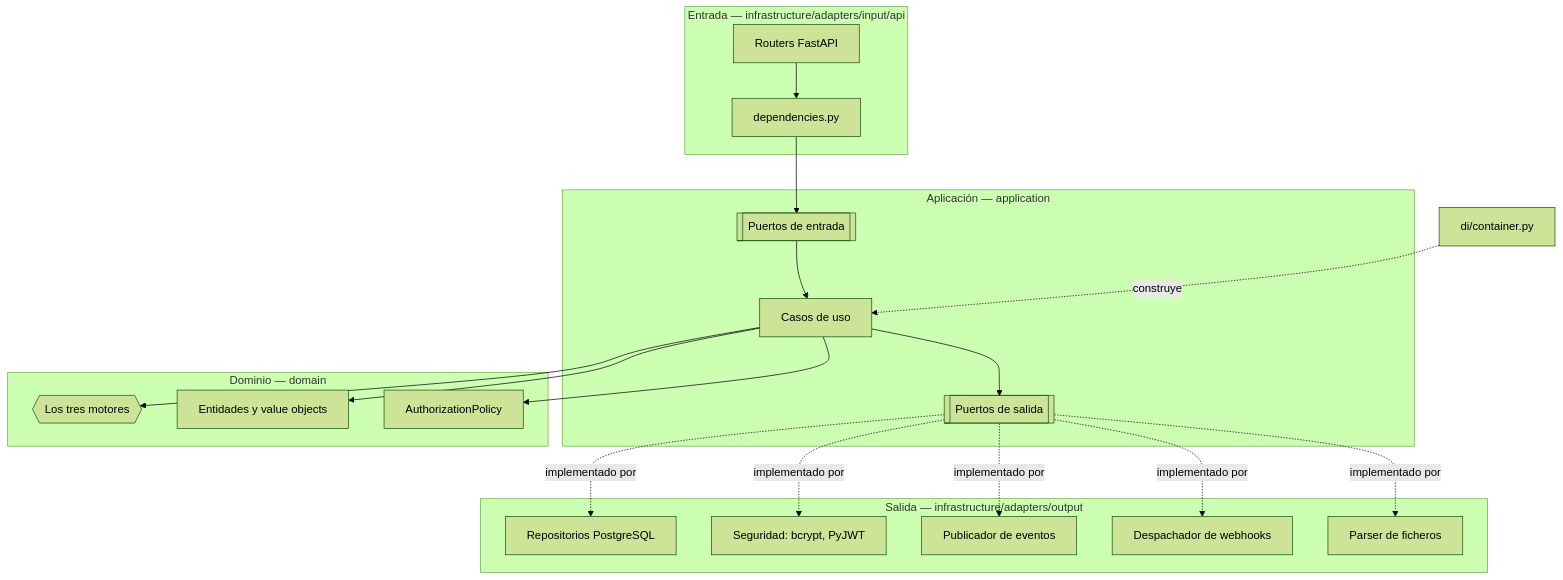
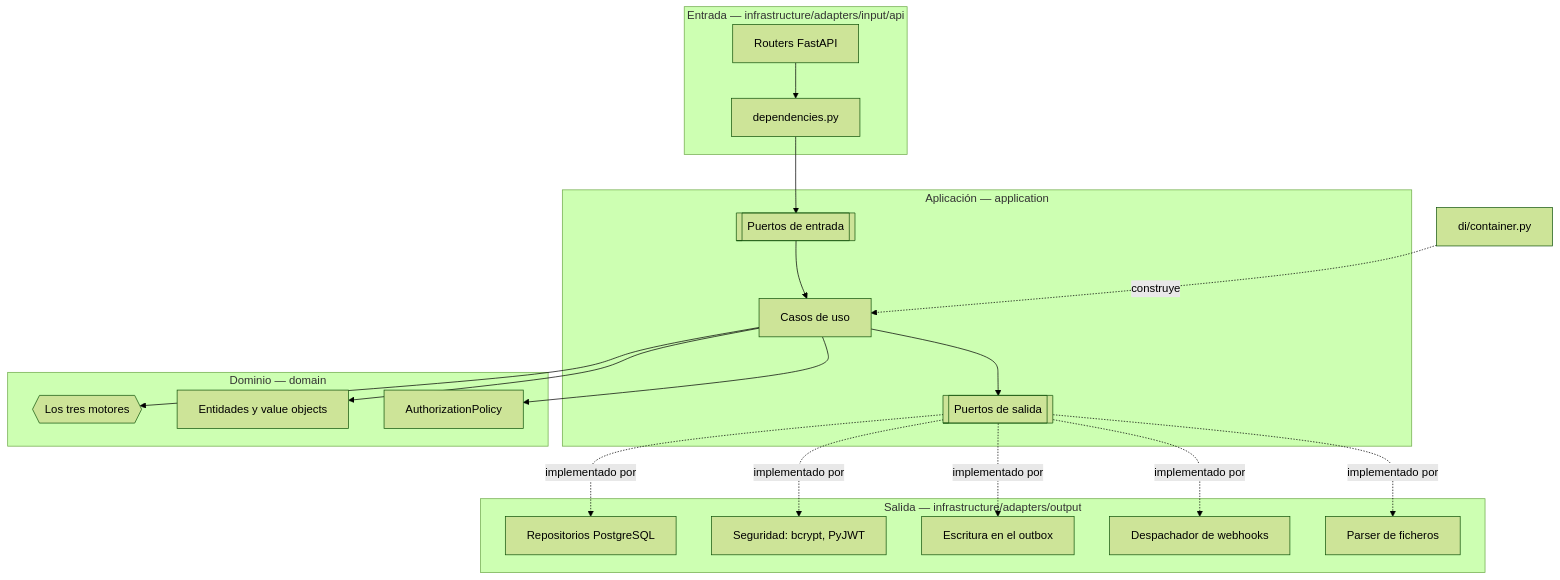
Before and after one commit to MDCIrony/leads-hexa: the diagram in docs/content/arquitectura/c4-componentes.md, drawn with Mermaid (forest theme). The commit also changed other lines of this file and 8 other files, not shown here.

````diff
--- a/docs/content/arquitectura/c4-componentes.md
+++ b/docs/content/arquitectura/c4-componentes.md
@@ -6,41 +6,41 @@
 ```mermaid
 flowchart TD
     subgraph ENTRADA["Entrada — infrastructure/adapters/input/api"]
         ROUTERS["Routers FastAPI"]
         DEPS["dependencies.py"]
     end
 
     subgraph APP["Aplicación — application"]
         PIN[["Puertos de entrada"]]
         UC["Casos de uso"]
         POUT[["Puertos de salida"]]
     end
 
     subgraph DOM["Dominio — domain"]
         ENG{{"Los tres motores"}}
         ENT["Entidades y value objects"]
         POL["AuthorizationPolicy"]
     end
 
     subgraph SALIDA["Salida — infrastructure/adapters/output"]
         SQL["Repositorios PostgreSQL"]
         SEC["Seguridad: bcrypt, PyJWT"]
-        EVT["Publicador de eventos"]
+        OUTBOX["Escritura en el outbox"]
         HTTPX["Despachador de webhooks"]
         PARSER["Parser de ficheros"]
     end
 
     DI["di/container.py"]
 
     ROUTERS --> DEPS --> PIN --> UC
     UC --> ENG
     UC --> ENT
     UC --> POL
     UC --> POUT
     POUT -.->|implementado por| SQL
     POUT -.->|implementado por| SEC
-    POUT -.->|implementado por| EVT
+    POUT -.->|implementado por| OUTBOX
     POUT -.->|implementado por| HTTPX
     POUT -.->|implementado por| PARSER
     DI -.->|construye| UC
 ```
````
